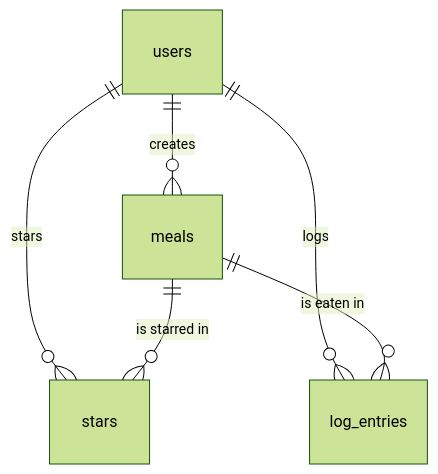
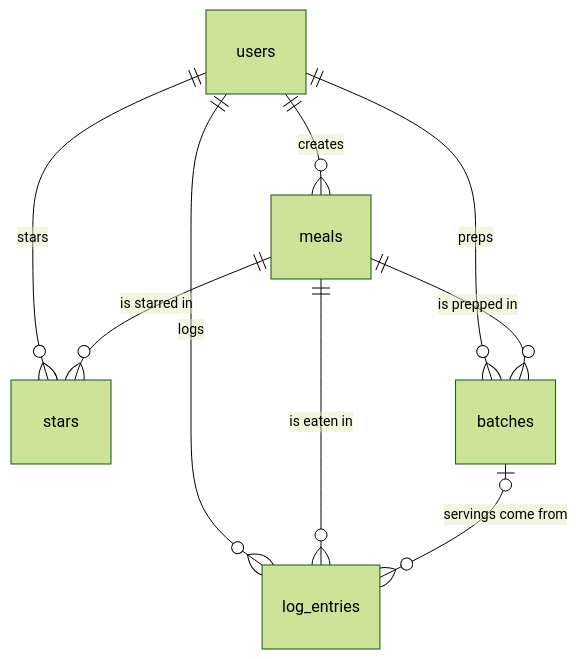
One commit to billymatthews48/prepped changed the diagram in schema.md. Above: the diagram before and after it, drawn with Mermaid (forest theme). The commit also changed other lines of this file and 17 other files, not shown here.

First line of the commit message:
Add meal-prep batches with a servings-left countdown and Fridge page

````diff
--- a/schema.md
+++ b/schema.md
@@ -21,8 +24,11 @@
 ```mermaid
 erDiagram
   users ||--o{ meals : "creates"
   users ||--o{ log_entries : "logs"
   users ||--o{ stars : "stars"
   meals ||--o{ stars : "is starred in"
   meals ||--o{ log_entries : "is eaten in"
+  users ||--o{ batches : "preps"
+  meals ||--o{ batches : "is prepped in"
+  batches |o--o{ log_entries : "servings come from"
 ```
````
